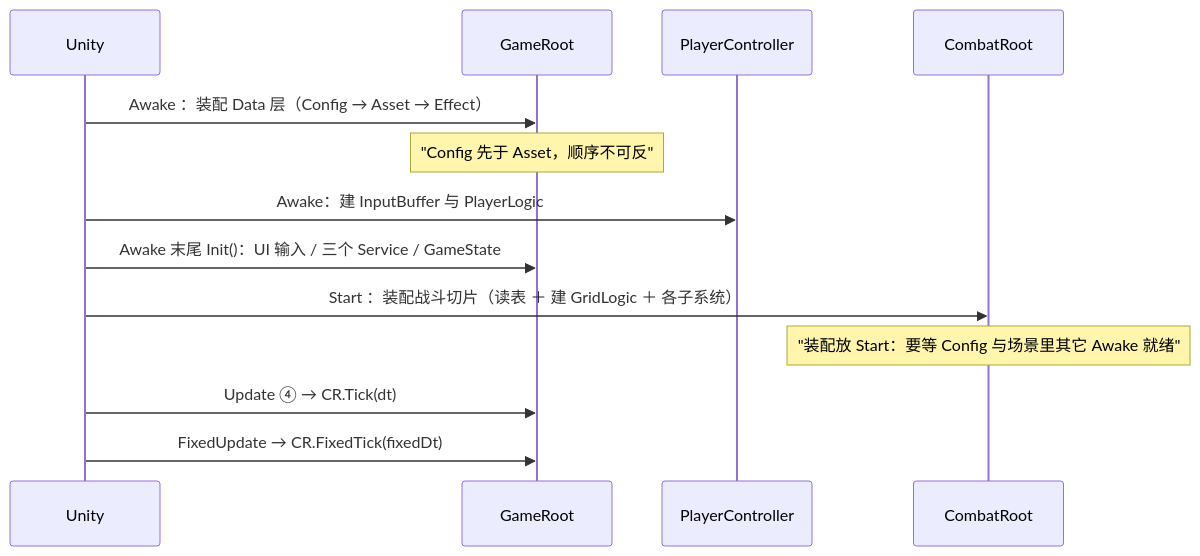
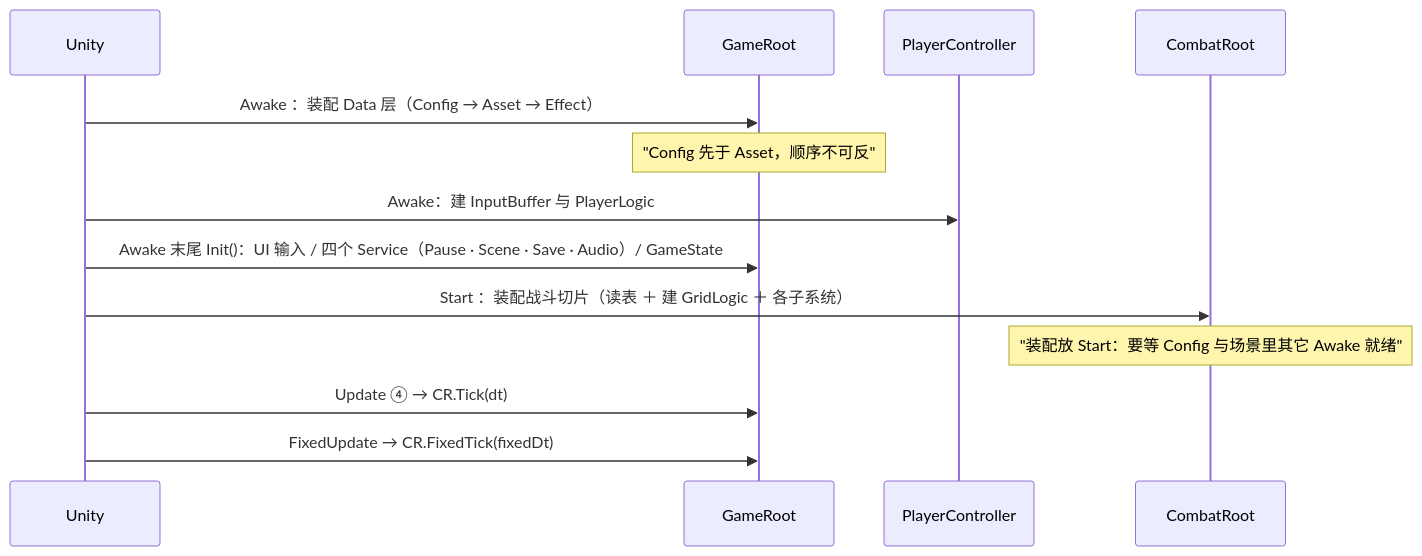
The third of 3 diagrams in Docs/框架设计/框架蓝图.md (5FYZhou/deepseaoil), drawn with Mermaid before and after one commit. The commit also changed other lines of this file and 45 other files, not shown here.

````diff
--- a/Docs/框架设计/框架蓝图.md
+++ b/Docs/框架设计/框架蓝图.md
@@ -71,15 +71,15 @@
 ```mermaid
 sequenceDiagram
     participant U as Unity
     participant GR as GameRoot
     participant PC as PlayerController
     participant CR as CombatRoot
     U->>GR: Awake ：装配 Data 层（Config → Asset → Effect）
     Note over GR: "Config 先于 Asset，顺序不可反"
     U->>PC: Awake：建 InputBuffer 与 PlayerLogic
-    U->>GR: Awake 末尾 Init()：UI 输入 / 三个 Service / GameState
+    U->>GR: Awake 末尾 Init()：UI 输入 / 四个 Service（Pause · Scene · Save · Audio）/ GameState
     U->>CR: Start ：装配战斗切片（读表 ＋ 建 GridLogic ＋ 各子系统）
     Note over CR: "装配放 Start：要等 Config 与场景里其它 Awake 就绪"
     U->>GR: Update ④ → CR.Tick(dt)
     U->>GR: FixedUpdate → CR.FixedTick(fixedDt)
 ```
````
